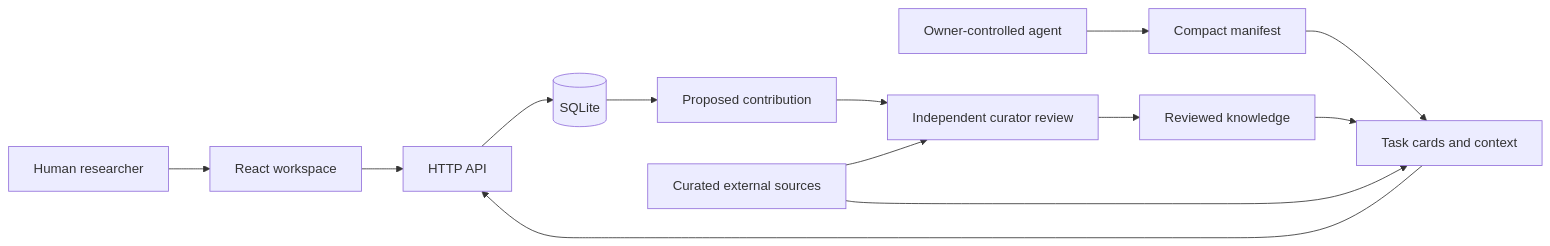
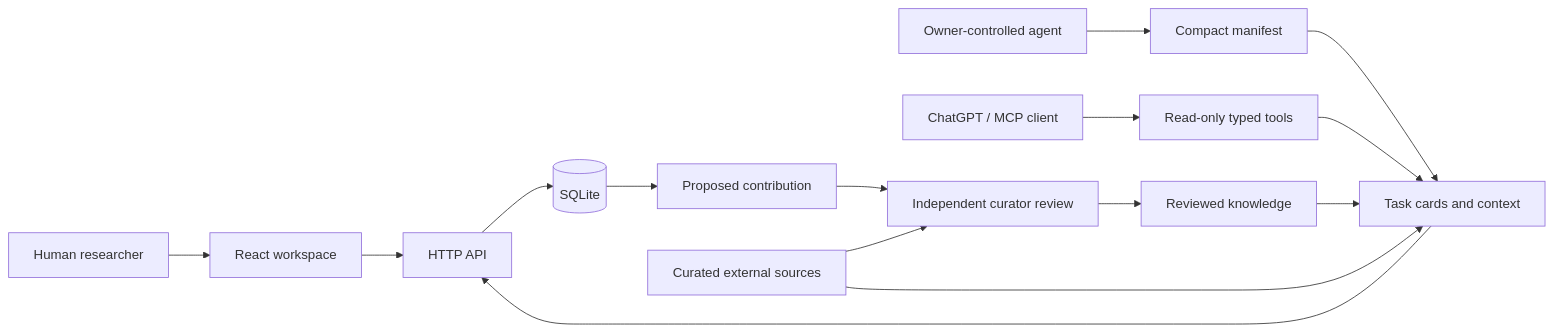
The diagram in docs/ARCHITECTURE.md (RabbDavid/OpenScienceProject), drawn with Mermaid before and after one commit. The commit also changed other lines of this file and 22 other files, not shown here.

Commit message:
Add read-only ChatGPT MCP tools and portable research plugin

````diff
--- a/docs/ARCHITECTURE.md
+++ b/docs/ARCHITECTURE.md
@@ -7,15 +9,17 @@
 ```mermaid
 flowchart LR
   H[Human researcher] --> UI[React workspace]
   A[Owner-controlled agent] --> M[Compact manifest]
   M --> T[Task cards and context]
   UI --> API[HTTP API]
   T --> API
+  C[ChatGPT / MCP client] --> MCP[Read-only typed tools]
+  MCP --> T
   API --> DB[(SQLite)]
   DB --> P[Proposed contribution]
   P --> R[Independent curator review]
   R --> K[Reviewed knowledge]
   K --> T
   S[Curated external sources] --> T
   S --> R
 ```
````
